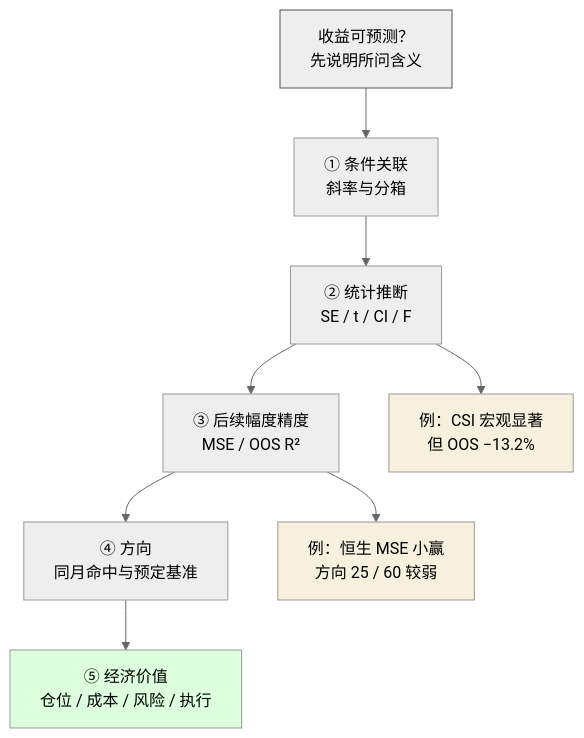
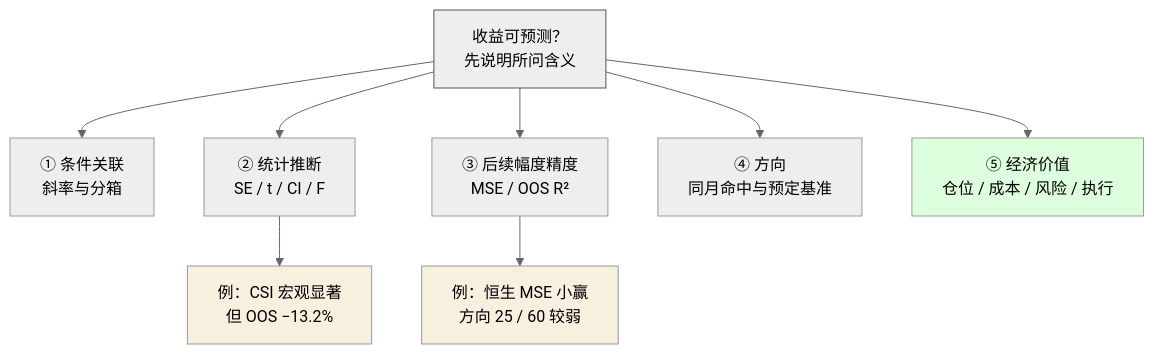
Before and after one commit to CercaTrovato/cityu-ai-course-notes: the third of 4 diagrams in EF5560_Fintech_and_AI_in_Finance/notes/M02-回归与样本外设计.md, drawn with Mermaid (neutral theme). The commit also changed other lines of this file and 149 other files, not shown here.

````diff
--- a/EF5560_Fintech_and_AI_in_Finance/notes/M02-回归与样本外设计.md
+++ b/EF5560_Fintech_and_AI_in_Finance/notes/M02-回归与样本外设计.md
@@ -2053,23 +2140,23 @@
 ```mermaid
 flowchart TB
  A["收益可预测？
 先说明所问含义"]
  A --> B["① 条件关联
 斜率与分箱"]
- B --> C["② 统计推断
+ A --> C["② 统计推断
 SE / t / CI / F"]
- C --> D["③ 后续幅度精度
+ A --> D["③ 后续幅度精度
 MSE / OOS R²"]
- D --> E["④ 方向
+ A --> E["④ 方向
 同月命中与预定基准"]
- E --> F["⑤ 经济价值
+ A --> F["⑤ 经济价值
 仓位 / 成本 / 风险 / 执行"]
  C --> G["例：CSI 宏观显著
 但 OOS −13.2%"]
  D --> H["例：恒生 MSE 小赢
 方向 25 / 60 较弱"]
  style A fill:#eee,stroke:#555
  style F fill:#dfd
  style G fill:#f8f0df
  style H fill:#f8f0df
 ```
````
